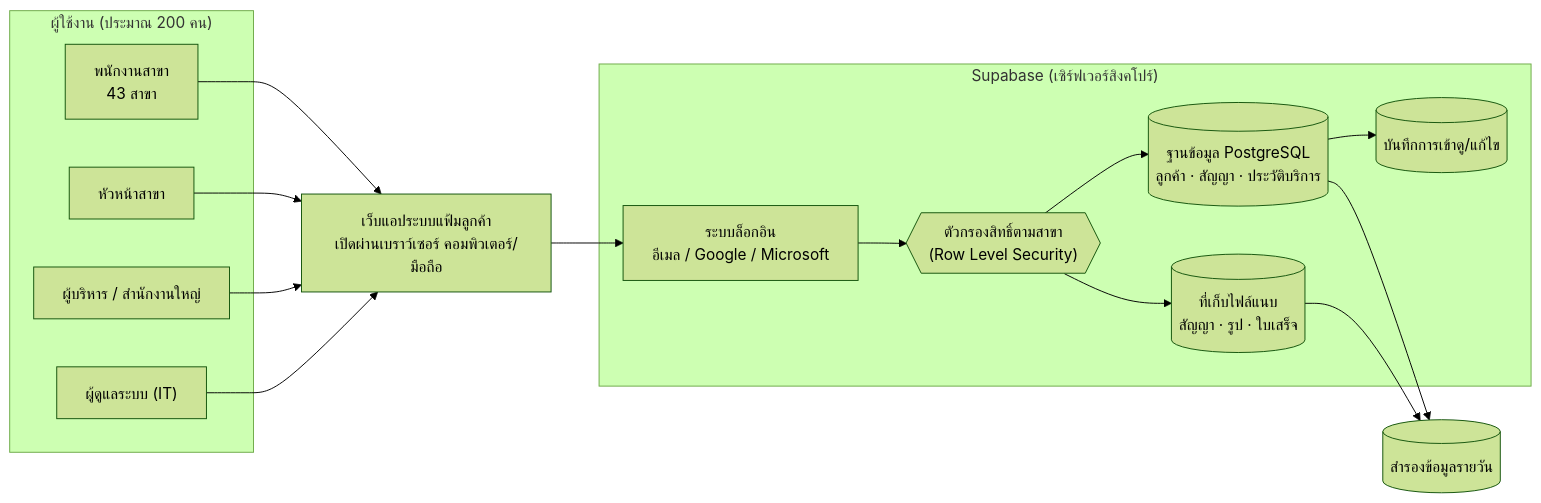
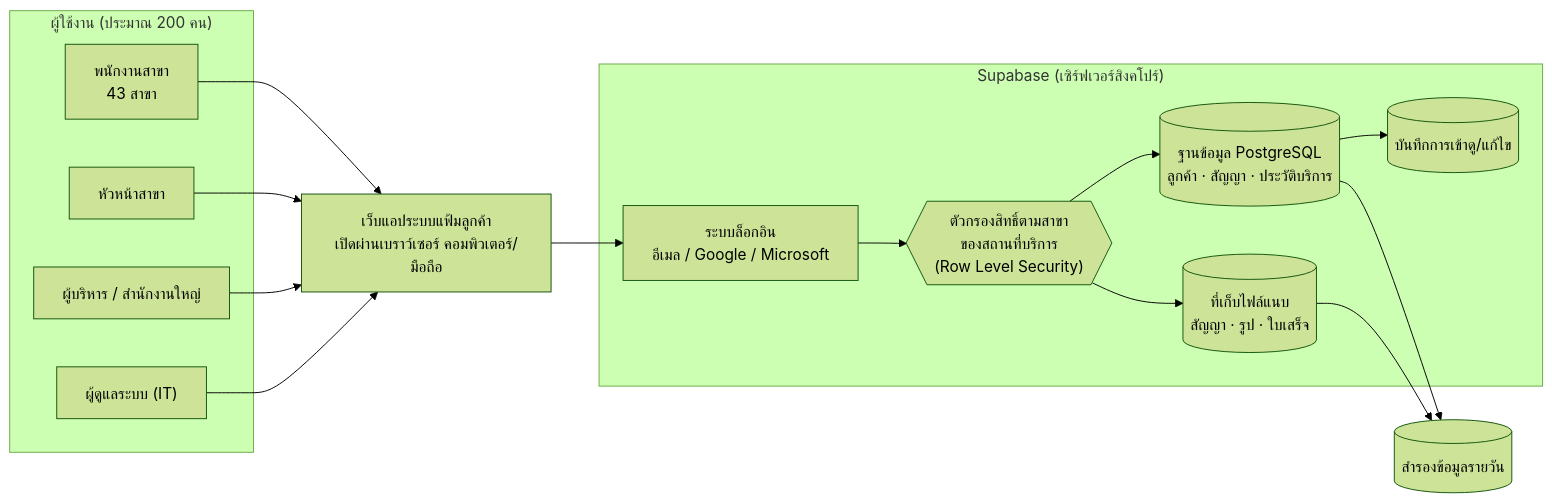
One commit to warayuthsema-alt/my-house-sh2401 changed the first of 7 diagrams in docs/research/2026-11-07-advance-group-asia-workflow-diagrams.md. Above: the diagram before and after it, drawn with Mermaid (forest theme). The commit also changed other lines of this file and 1 other file, not shown here.

First line of the commit message:
Workflow diagrams: support customers served by multiple branches

````diff
--- a/docs/research/2026-11-07-advance-group-asia-workflow-diagrams.md
+++ b/docs/research/2026-11-07-advance-group-asia-workflow-diagrams.md
@@ -14,30 +22,30 @@
 ```mermaid
 flowchart LR
     subgraph USERS["ผู้ใช้งาน (ประมาณ 200 คน)"]
         U1["พนักงานสาขา<br/>43 สาขา"]
         U2["หัวหน้าสาขา"]
         U3["ผู้บริหาร / สำนักงานใหญ่"]
         U4["ผู้ดูแลระบบ (IT)"]
     end
 
     WEB["เว็บแอประบบแฟ้มลูกค้า<br/>เปิดผ่านเบราว์เซอร์ คอมพิวเตอร์/มือถือ"]
 
     subgraph SB["Supabase (เซิร์ฟเวอร์สิงคโปร์)"]
         AUTH["ระบบล็อกอิน<br/>อีเมล / Google / Microsoft"]
         DB[("ฐานข้อมูล PostgreSQL<br/>ลูกค้า · สัญญา · ประวัติบริการ")]
-        RLS{{"ตัวกรองสิทธิ์ตามสาขา<br/>(Row Level Security)"}}
+        RLS{{"ตัวกรองสิทธิ์ตามสาขา<br/>ของสถานที่บริการ<br/>(Row Level Security)"}}
         FILES[("ที่เก็บไฟล์แนบ<br/>สัญญา · รูป · ใบเสร็จ")]
         LOG[("บันทึกการเข้าดู/แก้ไข")]
     end
 
     BK[("สำรองข้อมูลรายวัน")]
 
     U1 & U2 & U3 & U4 --> WEB
     WEB --> AUTH
     AUTH --> RLS
     RLS --> DB
     RLS --> FILES
     DB --> LOG
     DB --> BK
     FILES --> BK
 ```
````
